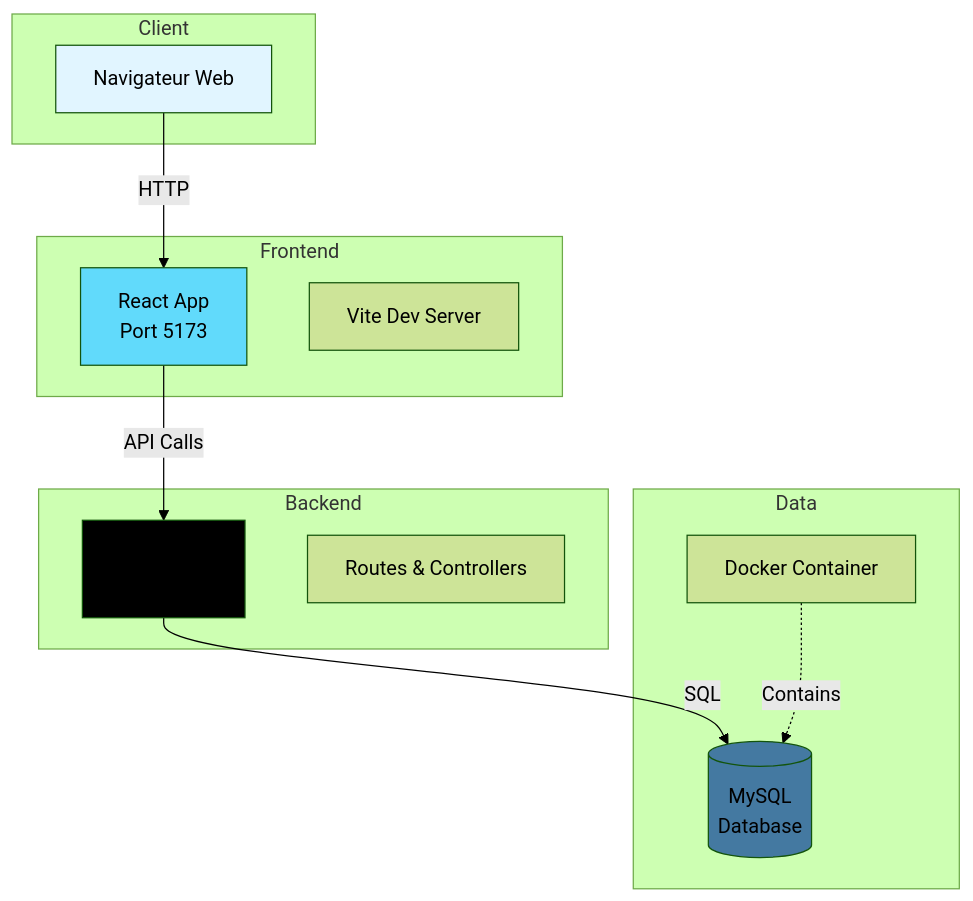
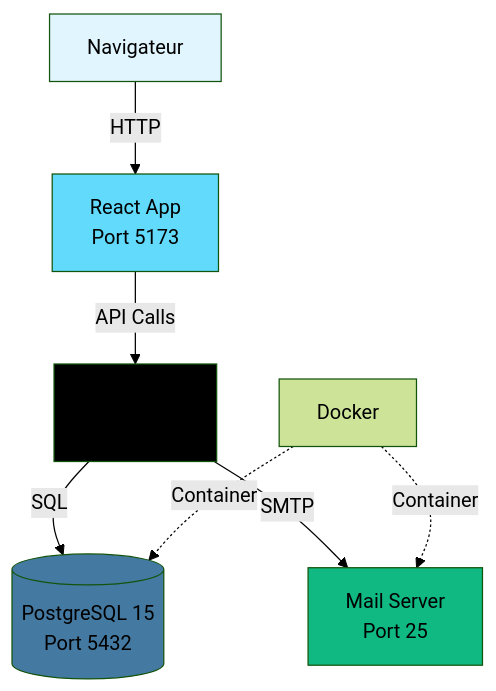
The diagram in docs/architecture/overview.md (TISEPSE/Documentation-BBC), drawn with Mermaid (forest theme) before and after one commit. The commit also changed other lines of this file and 10 other files, not shown here.

````diff
--- a/docs/architecture/overview.md
+++ b/docs/architecture/overview.md
@@ -9,31 +7,16 @@
 ```mermaid
 graph TB
-    subgraph "Client"
-        A[Navigateur Web]
-    end
+    A[Navigateur] -->|HTTP| B[React App<br/>Port 5173]
+    B -->|API Calls| C[Flask API<br/>Port 5000]
+    C -->|SQL| D[(PostgreSQL 15<br/>Port 5432)]
+    C -->|SMTP| E[Mail Server<br/>Port 25]
 
-    subgraph "Frontend"
-        B[React App<br/>Port 5173]
-        C[Vite Dev Server]
-    end
-
-    subgraph "Backend"
-        D[Flask API<br/>Port 5000]
-        E[Routes & Controllers]
-    end
-
-    subgraph "Data"
-        F[(MySQL<br/>Database)]
-        G[Docker Container]
-    end
-
-    A -->|HTTP| B
-    B -->|API Calls| D
-    D -->|SQL| F
-    G -.->|Contains| F
+    F[Docker] -.->|Container| D
+    F -.->|Container| E
 
     style A fill:#e1f5ff
     style B fill:#61dafb
-    style D fill:#000
-    style F fill:#4479a1
+    style C fill:#000
+    style D fill:#4479a1
+    style E fill:#10b981
 ```
````
